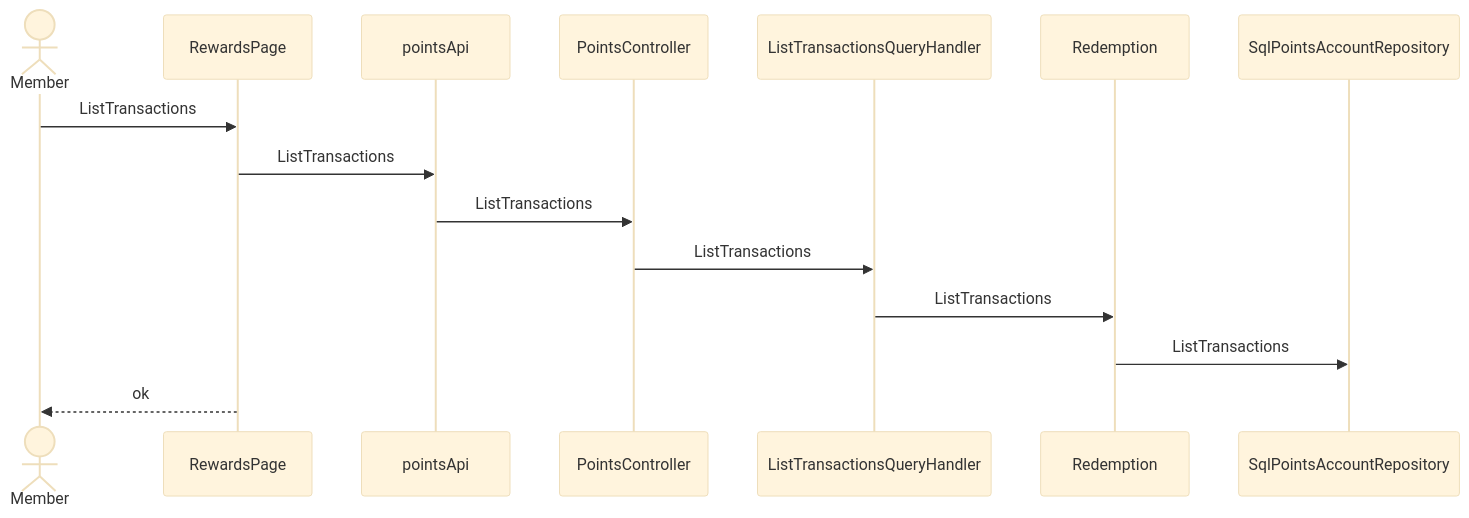
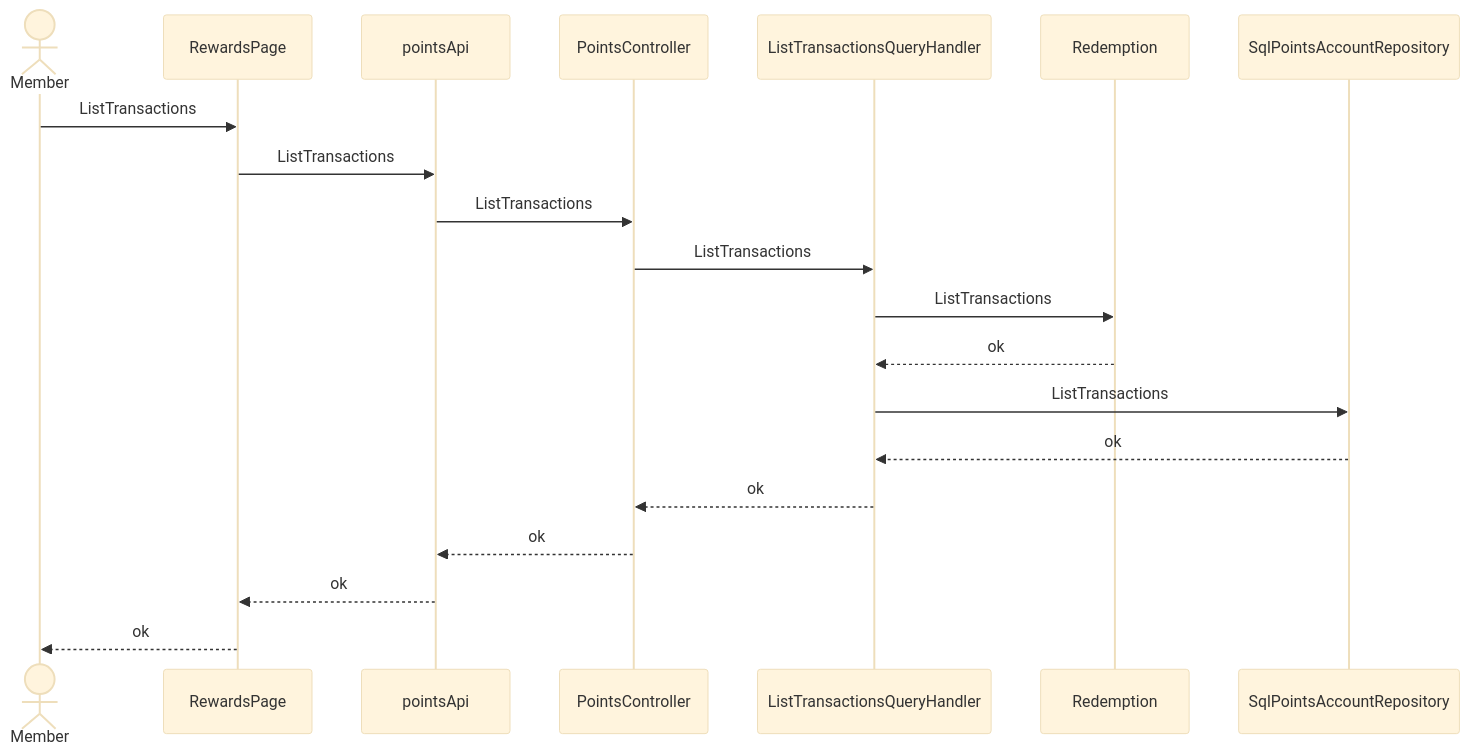
Before and after one commit to pin0513/AITools: the sixth of 6 diagrams in skills/spec-dev-process/examples/matrix/fs-back-zh-s3/specs/rd/points-redemption/spec/30-architecture-c4.md, drawn with Mermaid (base theme). The commit also changed other lines of this file and 257 other files, not shown here.

````diff
--- a/skills/spec-dev-process/examples/matrix/fs-back-zh-s3/specs/rd/points-redemption/spec/30-architecture-c4.md
+++ b/skills/spec-dev-process/examples/matrix/fs-back-zh-s3/specs/rd/points-redemption/spec/30-architecture-c4.md
@@ -128,17 +137,22 @@
 ```mermaid
 sequenceDiagram
   actor U as Member
   participant CMP001 as RewardsPage
   participant CMP002 as pointsApi
   participant CMP003 as PointsController
   participant CMP006 as ListTransactionsQueryHandler
   participant CMP007 as Redemption
   participant CMP008 as SqlPointsAccountRepository
   U->>CMP001: ListTransactions
   CMP001->>CMP002: ListTransactions
   CMP002->>CMP003: ListTransactions
   CMP003->>CMP006: ListTransactions
   CMP006->>CMP007: ListTransactions
-  CMP007->>CMP008: ListTransactions
+  CMP007-->>CMP006: ok
+  CMP006->>CMP008: ListTransactions
+  CMP008-->>CMP006: ok
+  CMP006-->>CMP003: ok
+  CMP003-->>CMP002: ok
+  CMP002-->>CMP001: ok
   CMP001-->>U: ok
 ```
````
